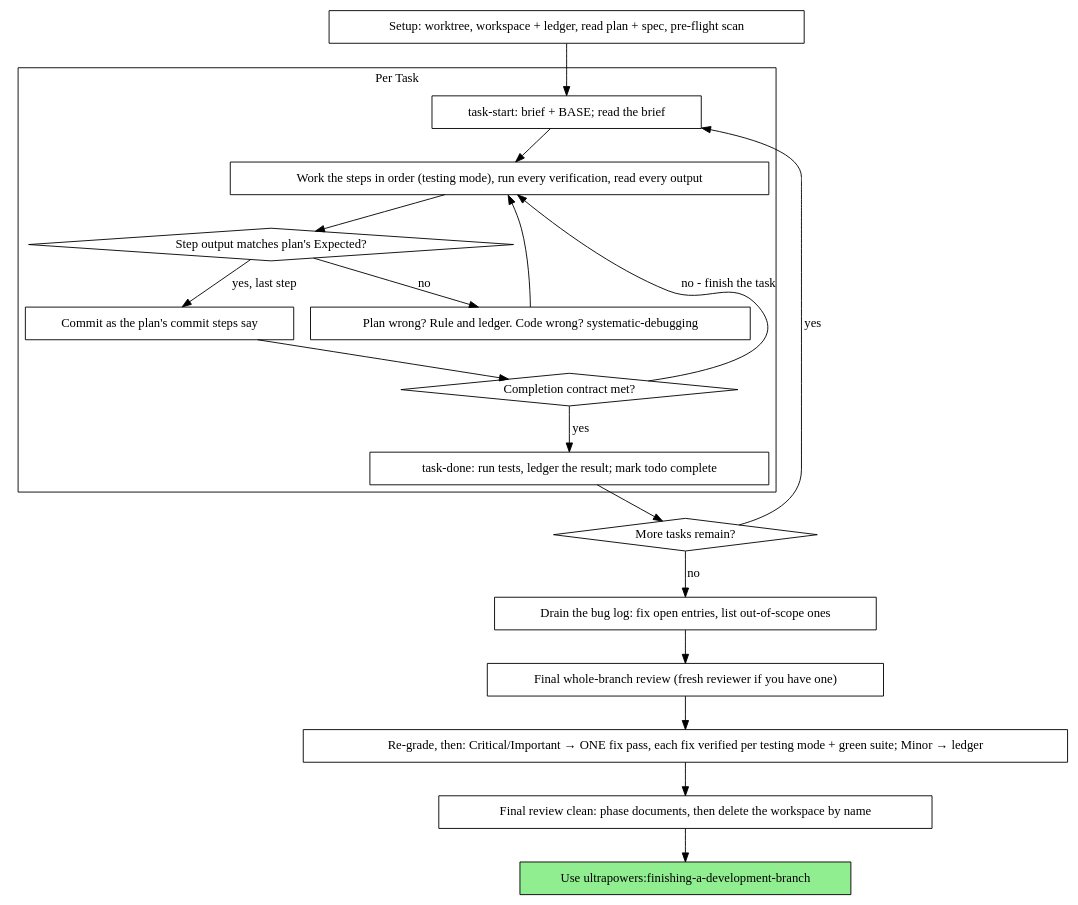
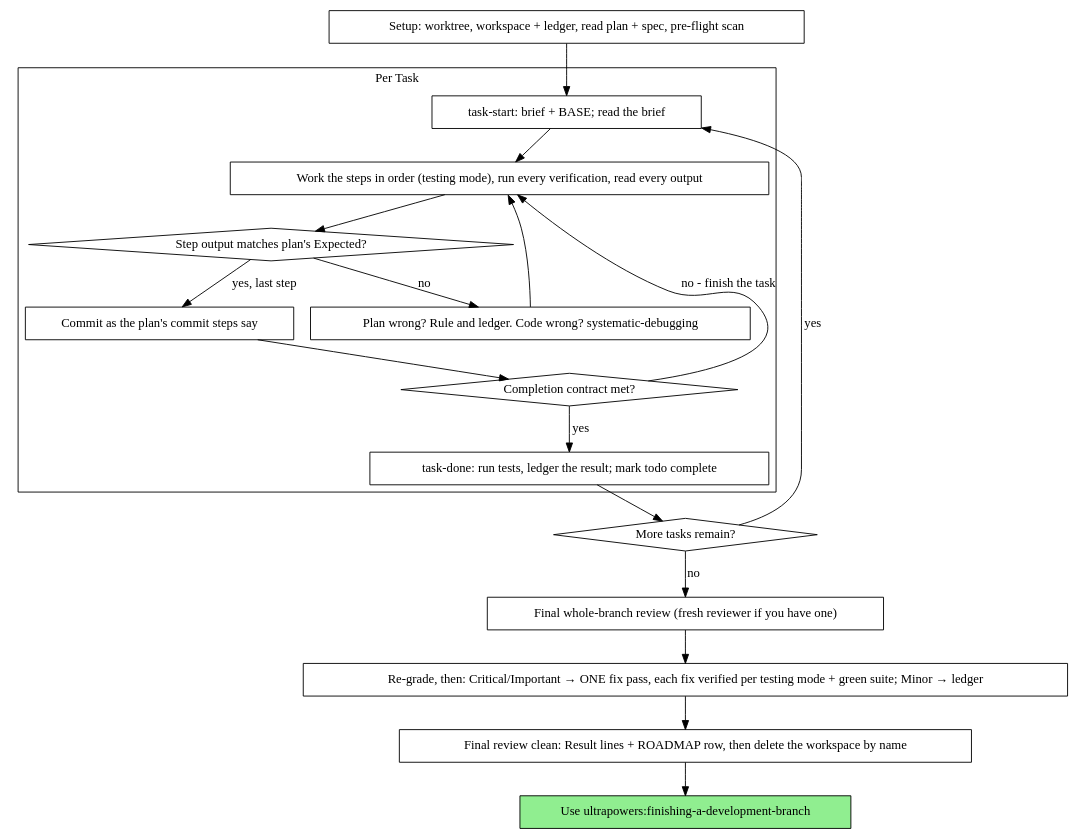
The diagram in plugins/ultrapowers/skills/executing-plans/SKILL.md (axazolai/ultrapowers), drawn with Graphviz before and after one commit. The commit also changed other lines of this file and 38 other files, not shown here.

````diff
--- a/plugins/ultrapowers/skills/executing-plans/SKILL.md
+++ b/plugins/ultrapowers/skills/executing-plans/SKILL.md
@@ -69,41 +69,39 @@
 ```dot
 digraph process {
     rankdir=TB;
 
     subgraph cluster_per_task {
         label="Per Task";
         "task-start: brief + BASE; read the brief" [shape=box];
         "Work the steps in order (testing mode), run every verification, read every output" [shape=box];
         "Step output matches plan's Expected?" [shape=diamond];
         "Plan wrong? Rule and ledger. Code wrong? systematic-debugging" [shape=box];
         "Commit as the plan's commit steps say" [shape=box];
         "Completion contract met?" [shape=diamond];
         "task-done: run tests, ledger the result; mark todo complete" [shape=box];
     }
 
     "Setup: worktree, workspace + ledger, read plan + spec, pre-flight scan" [shape=box];
     "More tasks remain?" [shape=diamond];
-    "Drain the bug log: fix open entries, list out-of-scope ones" [shape=box];
     "Final whole-branch review (fresh reviewer if you have one)" [shape=box];
     "Re-grade, then: Critical/Important → ONE fix pass, each fix verified per testing mode + green suite; Minor → ledger" [shape=box];
-    "Final review clean: phase documents, then delete the workspace by name" [shape=box];
+    "Final review clean: Result lines + ROADMAP row, then delete the workspace by name" [shape=box];
     "Use ultrapowers:finishing-a-development-branch" [shape=box style=filled fillcolor=lightgreen];
 
     "Setup: worktree, workspace + ledger, read plan + spec, pre-flight scan" -> "task-start: brief + BASE; read the brief";
     "task-start: brief + BASE; read the brief" -> "Work the steps in order (testing mode), run every verification, read every output";
     "Work the steps in order (testing mode), run every verification, read every output" -> "Step output matches plan's Expected?";
     "Step output matches plan's Expected?" -> "Plan wrong? Rule and ledger. Code wrong? systematic-debugging" [label="no"];
     "Plan wrong? Rule and ledger. Code wrong? systematic-debugging" -> "Work the steps in order (testing mode), run every verification, read every output";
     "Step output matches plan's Expected?" -> "Commit as the plan's commit steps say" [label="yes, last step"];
     "Commit as the plan's commit steps say" -> "Completion contract met?";
     "Completion contract met?" -> "Work the steps in order (testing mode), run every verification, read every output" [label="no - finish the task"];
     "Completion contract met?" -> "task-done: run tests, ledger the result; mark todo complete" [label="yes"];
     "task-done: run tests, ledger the result; mark todo complete" -> "More tasks remain?";
     "More tasks remain?" -> "task-start: brief + BASE; read the brief" [label="yes"];
-    "More tasks remain?" -> "Drain the bug log: fix open entries, list out-of-scope ones" [label="no"];
-    "Drain the bug log: fix open entries, list out-of-scope ones" -> "Final whole-branch review (fresh reviewer if you have one)";
+    "More tasks remain?" -> "Final whole-branch review (fresh reviewer if you have one)" [label="no"];
     "Final whole-branch review (fresh reviewer if you have one)" -> "Re-grade, then: Critical/Important → ONE fix pass, each fix verified per testing mode + green suite; Minor → ledger";
-    "Re-grade, then: Critical/Important → ONE fix pass, each fix verified per testing mode + green suite; Minor → ledger" -> "Final review clean: phase documents, then delete the workspace by name";
-    "Final review clean: phase documents, then delete the workspace by name" -> "Use ultrapowers:finishing-a-development-branch";
+    "Re-grade, then: Critical/Important → ONE fix pass, each fix verified per testing mode + green suite; Minor → ledger" -> "Final review clean: Result lines + ROADMAP row, then delete the workspace by name";
+    "Final review clean: Result lines + ROADMAP row, then delete the workspace by name" -> "Use ultrapowers:finishing-a-development-branch";
 }
 ```
````
